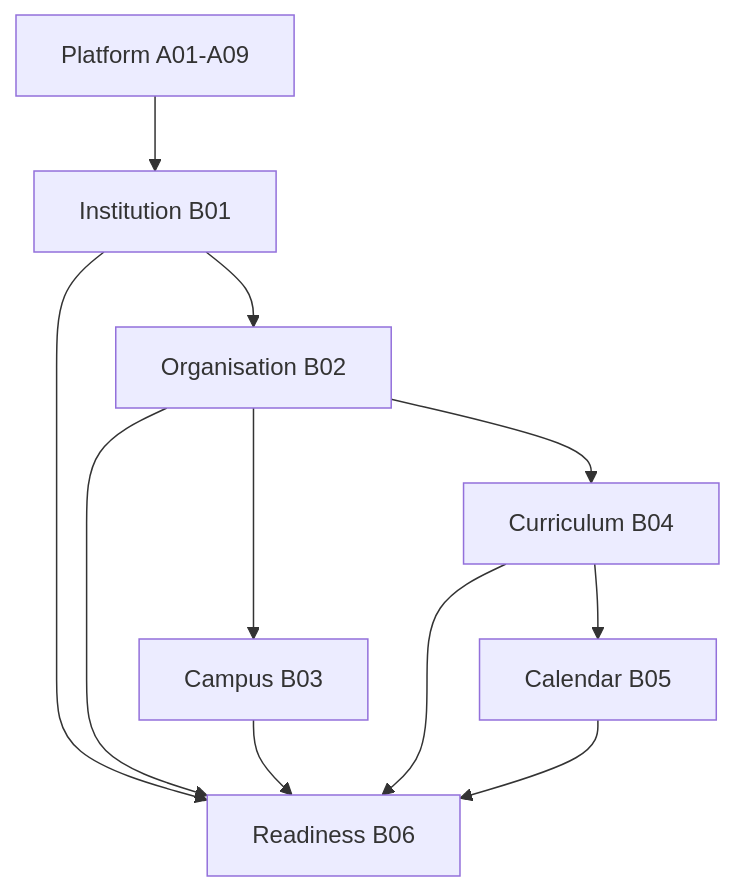
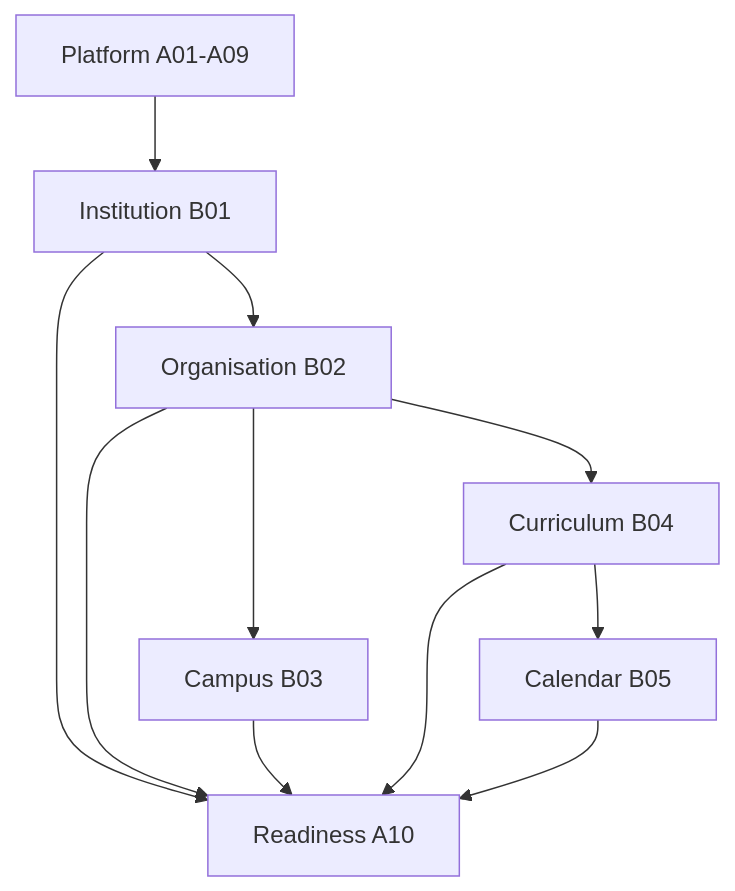
Before and after one commit to Varad1604/ERP_hark: the diagram in architecture/L2_Domain_Workflow_Architecture/section-b/L2-B00_Institution_and_Structure_Review.md, drawn with Mermaid. The commit also changed other lines of this file and 76 other files, not shown here.

````diff
--- a/architecture/L2_Domain_Workflow_Architecture/section-b/L2-B00_Institution_and_Structure_Review.md
+++ b/architecture/L2_Domain_Workflow_Architecture/section-b/L2-B00_Institution_and_Structure_Review.md
@@ -213,13 +215,13 @@
 ```mermaid
 graph TD
     A[Platform A01-A09] --> B01[Institution B01]
     B01 --> B02[Organisation B02]
     B02 --> B03[Campus B03]
     B02 --> B04[Curriculum B04]
     B04 --> B05[Calendar B05]
-    B01 --> B06[Readiness B06]
-    B02 --> B06
-    B03 --> B06
-    B04 --> B06
-    B05 --> B06
+    B01 --> A10[Readiness A10]
+    B02 --> A10
+    B03 --> A10
+    B04 --> A10
+    B05 --> A10
 ```
````
